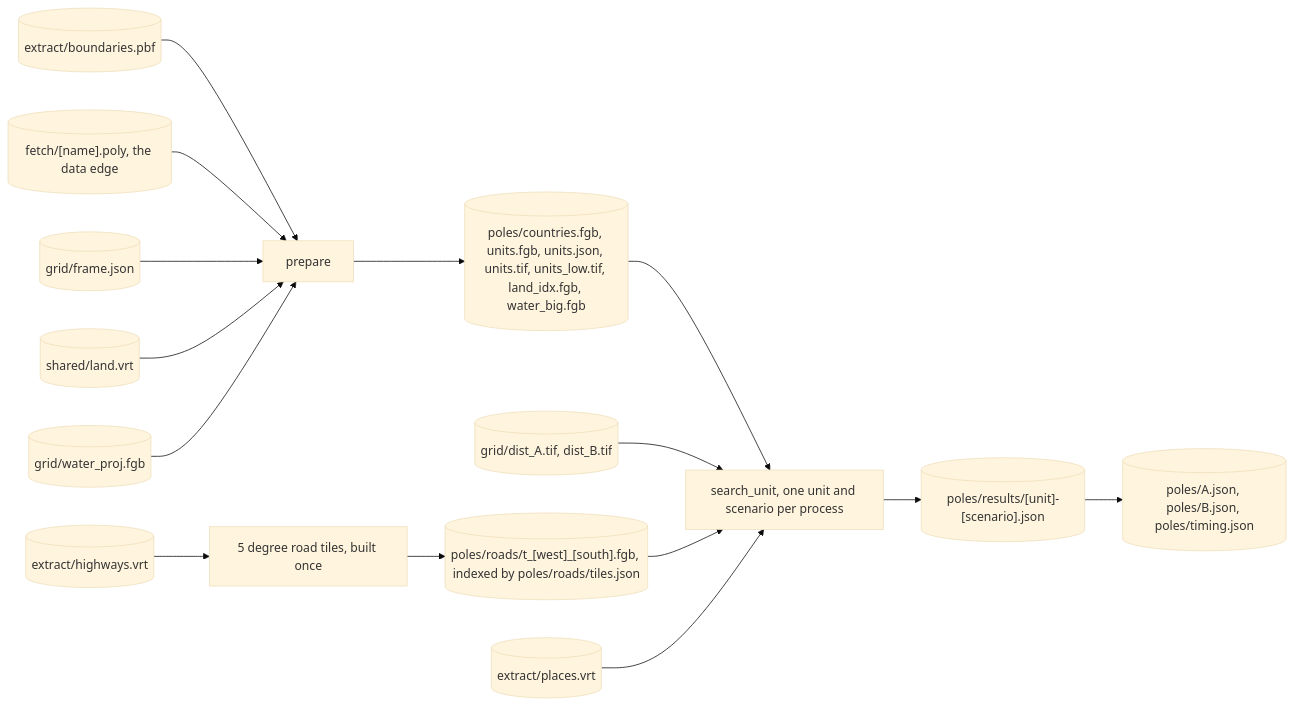
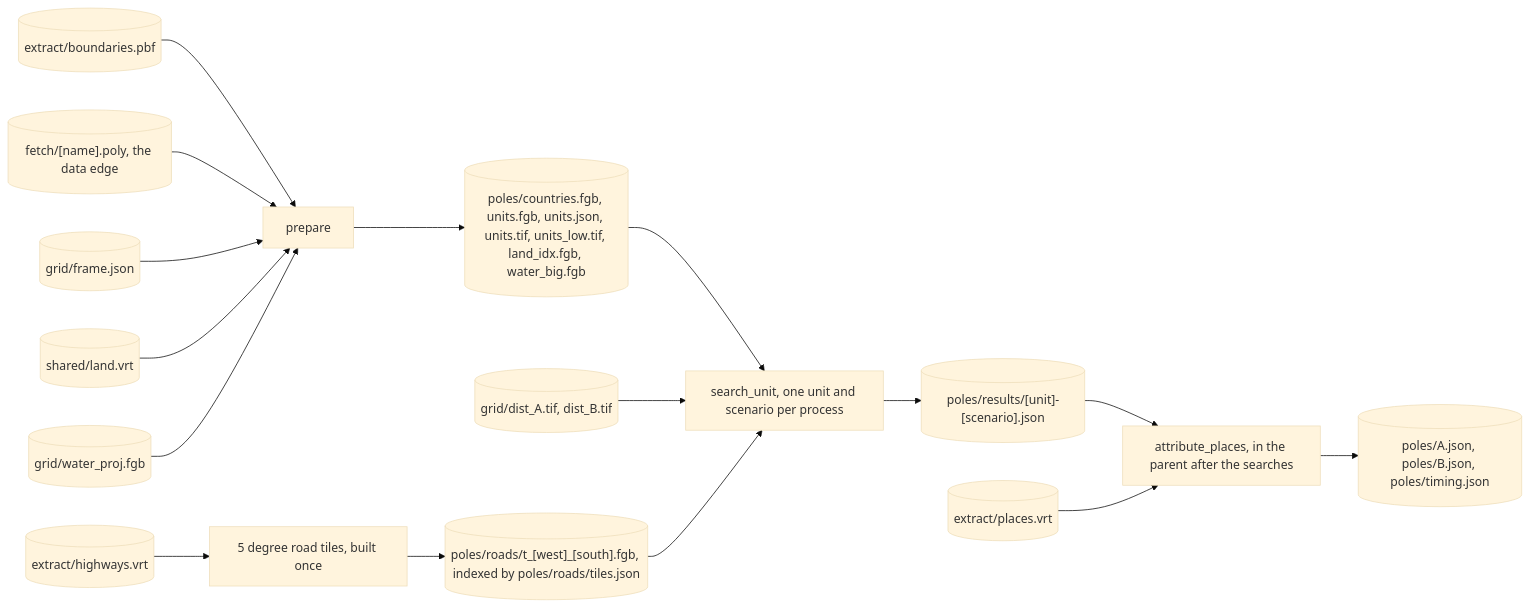
Before and after one commit to donataskasp/poles-of-remoteness: the sixth of 8 diagrams in docs/diagrams/01-pipeline.md, drawn with Mermaid (base theme). The commit also changed other lines of this file and 4 other files, not shown here.

First line of the commit message:
poles: the attribution moves to the parent after the searches, the retirement is one erosion per rung and component (#56, #30)

````diff
--- a/docs/diagrams/01-pipeline.md
+++ b/docs/diagrams/01-pipeline.md
@@ -81,17 +81,18 @@
 ```mermaid
 flowchart LR
     bpbf[("extract/boundaries.pbf")] --> prepare["prepare"]
     poly[("fetch/[name].poly, the data edge")] --> prepare
     frame[("grid/frame.json")] --> prepare
     landv[("shared/land.vrt")] --> prepare
     wp[("grid/water_proj.fgb")] --> prepare
     prepare --> units[("poles/countries.fgb, units.fgb, units.json, units.tif, units_low.tif, land_idx.fgb, water_big.fgb")]
     hv[("extract/highways.vrt")] --> tiling["5 degree road tiles, built once"]
     tiling --> rtiles[("poles/roads/t_[west]_[south].fgb, indexed by poles/roads/tiles.json")]
     units --> search["search_unit, one unit and scenario per process"]
     dist[("grid/dist_A.tif, dist_B.tif")] --> search
     rtiles --> search
-    places[("extract/places.vrt")] --> search
     search --> res[("poles/results/[unit]-[scenario].json")]
-    res --> ab[("poles/A.json, poles/B.json, poles/timing.json")]
+    res --> attribute["attribute_places, in the parent after the searches"]
+    places[("extract/places.vrt")] --> attribute
+    attribute --> ab[("poles/A.json, poles/B.json, poles/timing.json")]
 ```
````
